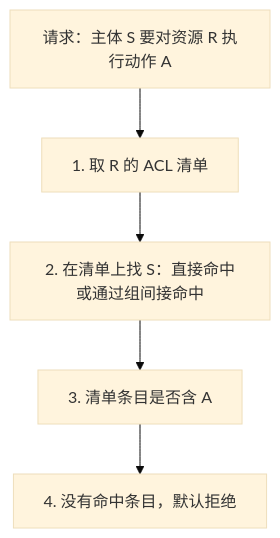
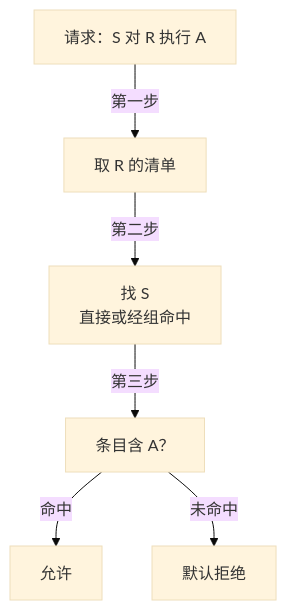
Before and after one commit to hub138/technical-knowledge: the first of 3 diagrams in vault/工程知识/后端系统：在并发、失败与变化中维持服务/服务设计/ACL 把权限挂在资源上.md, drawn with Mermaid (base theme). The commit also changed other lines of this file and 622 other files, not shown here.

````diff
--- a/vault/工程知识/后端系统：在并发、失败与变化中维持服务/服务设计/ACL 把权限挂在资源上.md
+++ b/vault/工程知识/后端系统：在并发、失败与变化中维持服务/服务设计/ACL 把权限挂在资源上.md
@@ -65,9 +77,8 @@
 ```mermaid
 flowchart TB
-    a["请求：主体 S 要对资源 R 执行动作 A"]
-    b["1. 取 R 的 ACL 清单"]
-    c["2. 在清单上找 S：直接命中或通过组间接命中"]
-    d["3. 清单条目是否含 A"]
-    e["4. 没有命中条目，默认拒绝"]
-    a --> b --> c --> d --> e
+    a["请求：S 对 R 执行 A"] -->|第一步| b["取 R 的清单"]
+    b -->|第二步| c["找 S<br/>直接或经组命中"]
+    c -->|第三步| d["条目含 A？"]
+    d -->|命中| e2["允许"]
+    d -->|未命中| e["默认拒绝"]
 ```
````
